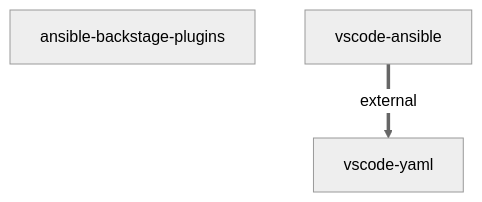
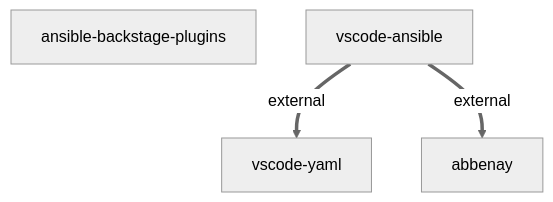
Before and after one commit to ansible/team-devtools: the second of 3 diagrams in README.md, drawn with Mermaid (neutral theme). The commit also changed 1 other file, not shown here.

Commit message:
docs: update release guide with dependency-based ordering (#509)
* docs: update release guide with dependency-based ordering

* docs: add abbenay as external dependency and to release order

Add abbenay (LLM provider extension) to Stage 1 of the release order
and to the TypeScript repositories diagram as an external dependency
of vscode-ansible, similar to vscode-yaml.

````diff
--- a/README.md
+++ b/README.md
@@ -95,14 +95,17 @@
 ```mermaid
 
 graph TB;
 
   ansible-backstage-plugins:::tsclass;
   vscode-ansible:::tsclass == external ==> vscode-yaml;
+  vscode-ansible:::tsclass == external ==> abbenay;
   vscode-yaml:::tsclass;
+  abbenay:::tsclass;
 
+ click abbenay href "https://github.com/redhat-developer/abbenay"
  click ansible-backstage-plugins "https://github.com/ansible/ansible-backstage-plugins"
  click ansible-dev-environment "https://github.com/ansible/ansible-dev-environment"
  click community.molecule "https://github.com/ansible-collections/community.molecule"
  click vscode-ansible href "https://github.com/ansible/vscode-ansible"
  click vscode-yaml href "https://github.com/redhat-developer/vscode-yaml"
 ```
````
